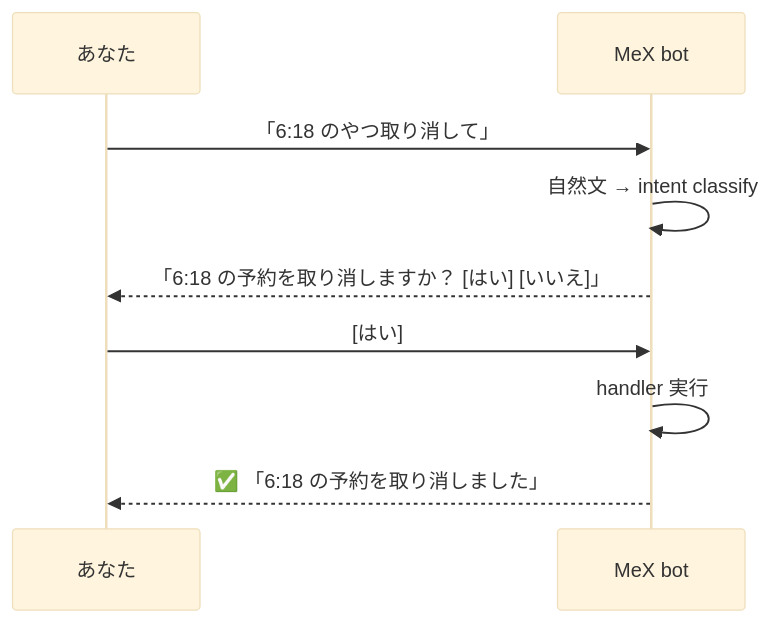
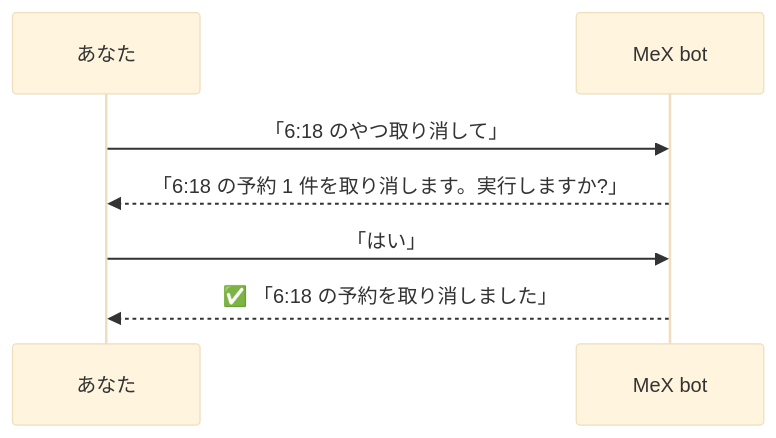
Before and after one commit to zumizumi-3/mex-next: the diagram in docs/customer/01-talk-to-bot.md, drawn with Mermaid (base theme). The commit also changed other lines of this file and 20 other files, not shown here.

````diff
--- a/docs/customer/01-talk-to-bot.md
+++ b/docs/customer/01-talk-to-bot.md
@@ -54,11 +57,9 @@
 ```mermaid
 sequenceDiagram
     participant You as あなた
     participant Bot as MeX bot
     You->>Bot: 「6:18 のやつ取り消して」
-    Bot->>Bot: 自然文 → intent classify
-    Bot-->>You: 「6:18 の予約を取り消しますか？ [はい] [いいえ]」
-    You->>Bot: [はい]
-    Bot->>Bot: handler 実行
+    Bot-->>You: 「6:18 の予約 1 件を取り消します。実行しますか?」
+    You->>Bot: 「はい」
     Bot-->>You: ✅ 「6:18 の予約を取り消しました」
 ```
````
